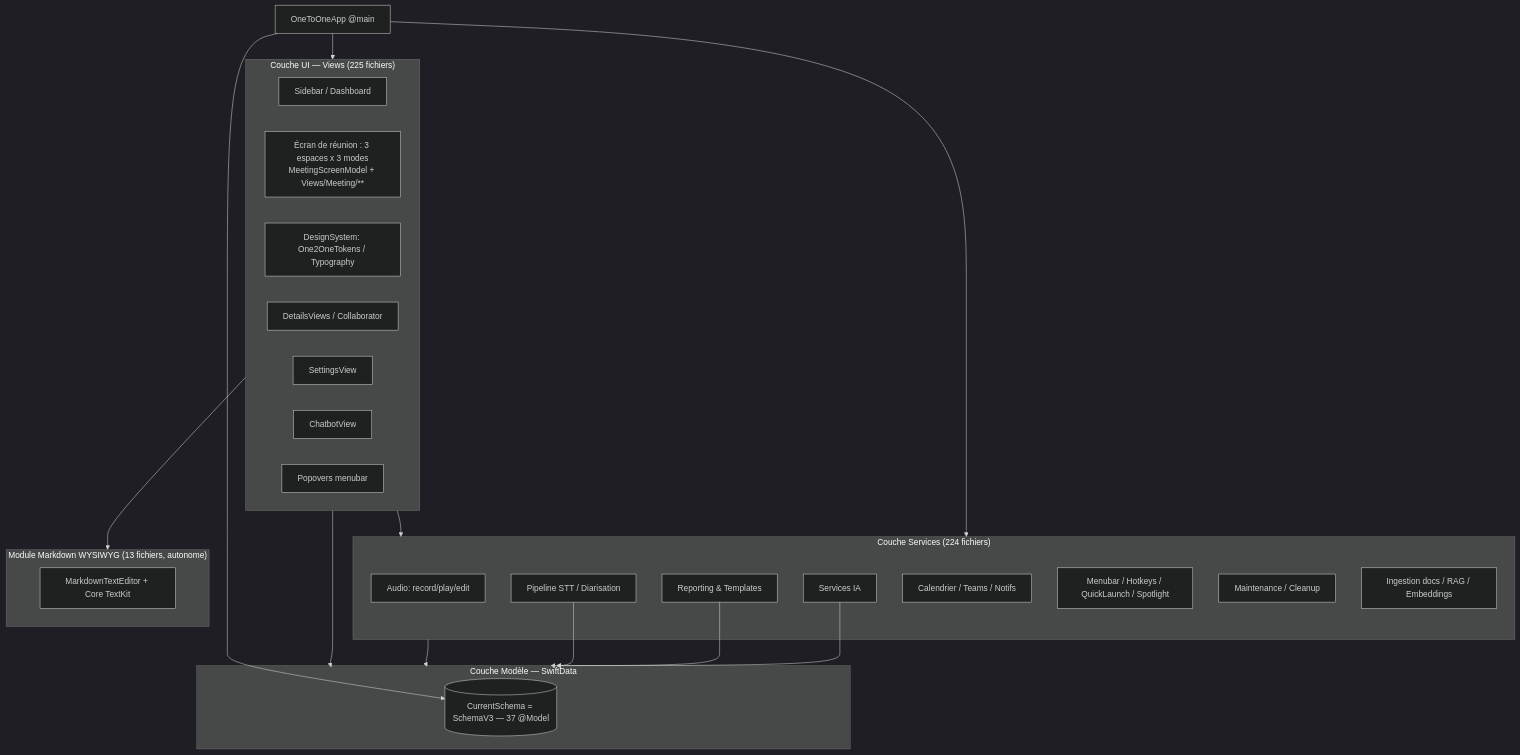
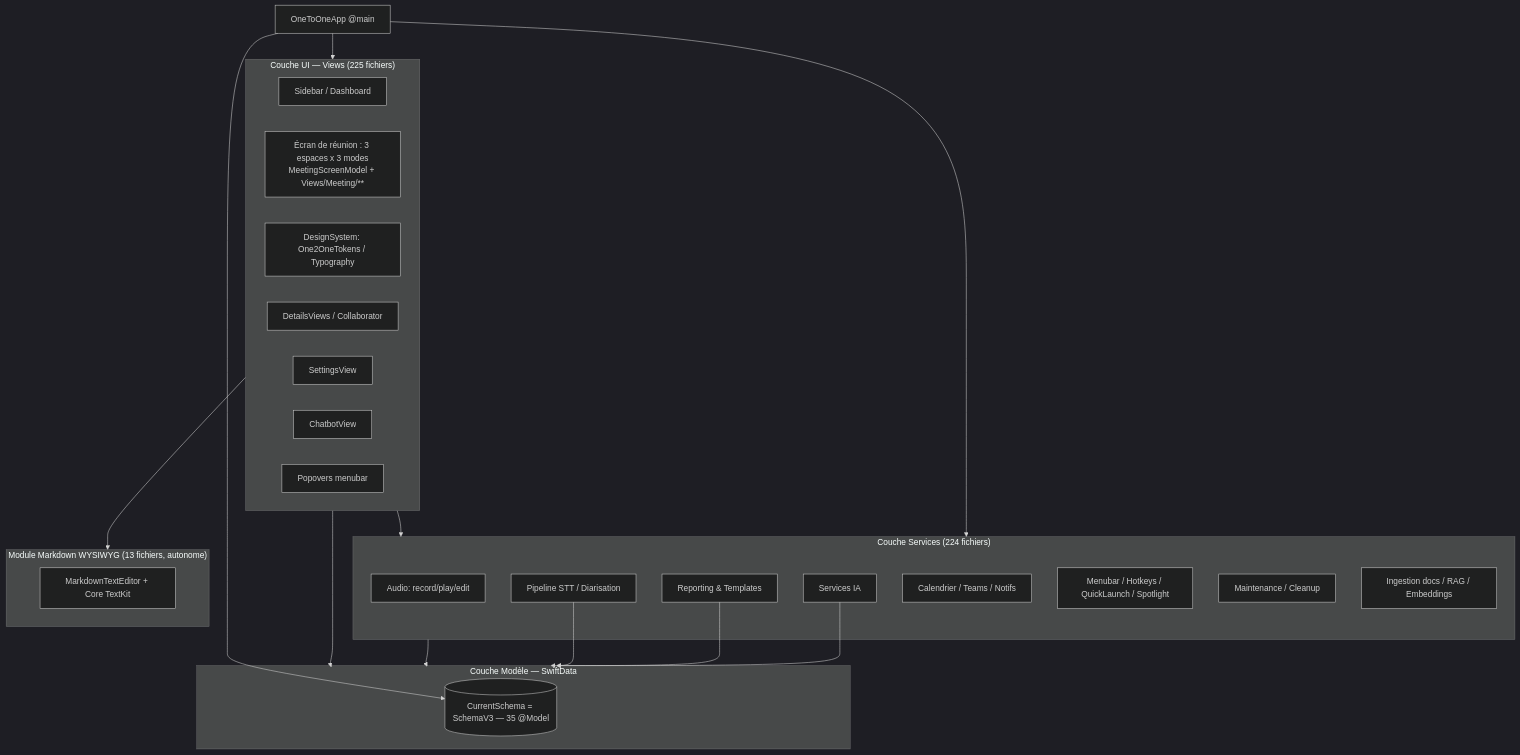
The first of 5 diagrams in docs/architecture.md (ldb2000/One2One), drawn with Mermaid (dark theme) before and after one commit. The commit also changed other lines of this file and 3 other files, not shown here.

Commit message:
docs: index, glossaire et architecture réalignés ; tests de documentation verts

````diff
--- a/docs/architecture.md
+++ b/docs/architecture.md
@@ -68,43 +68,43 @@
 ```mermaid
 graph TD
     subgraph UI["Couche UI — Views (225 fichiers)"]
         SIDEBAR[Sidebar / Dashboard]
         MEETING["Écran de réunion : 3 espaces x 3 modes<br/>MeetingScreenModel + Views/Meeting/**"]
         TOKENS[DesignSystem: One2OneTokens / Typography]
         DETAILS[DetailsViews / Collaborator]
         SETTINGS[SettingsView]
         CHATBOT[ChatbotView]
         MENUBAR_UI[Popovers menubar]
     end
 
     subgraph SVC["Couche Services (224 fichiers)"]
         AI[Services IA]
         STT[Pipeline STT / Diarisation]
         REPORT[Reporting & Templates]
         AUDIO[Audio: record/play/edit]
         CAL[Calendrier / Teams / Notifs]
         SYS[Menubar / Hotkeys / QuickLaunch / Spotlight]
         MAINT[Maintenance / Cleanup]
         IMPORT[Ingestion docs / RAG / Embeddings]
     end
 
     subgraph MODEL["Couche Modèle — SwiftData"]
-        SCHEMA[("CurrentSchema = SchemaV3 — 37 @Model")]
+        SCHEMA[("CurrentSchema = SchemaV3 — 35 @Model")]
     end
 
     subgraph MD["Module Markdown WYSIWYG (13 fichiers, autonome)"]
         EDITOR[MarkdownTextEditor + Core TextKit]
     end
 
     UI --> SVC
     UI --> MODEL
     SVC --> MODEL
     UI --> MD
     STT --> MODEL
     REPORT --> MODEL
     AI --> MODEL
 
     APP[OneToOneApp @main] --> UI
     APP --> SVC
     APP --> SCHEMA
 ```
````
